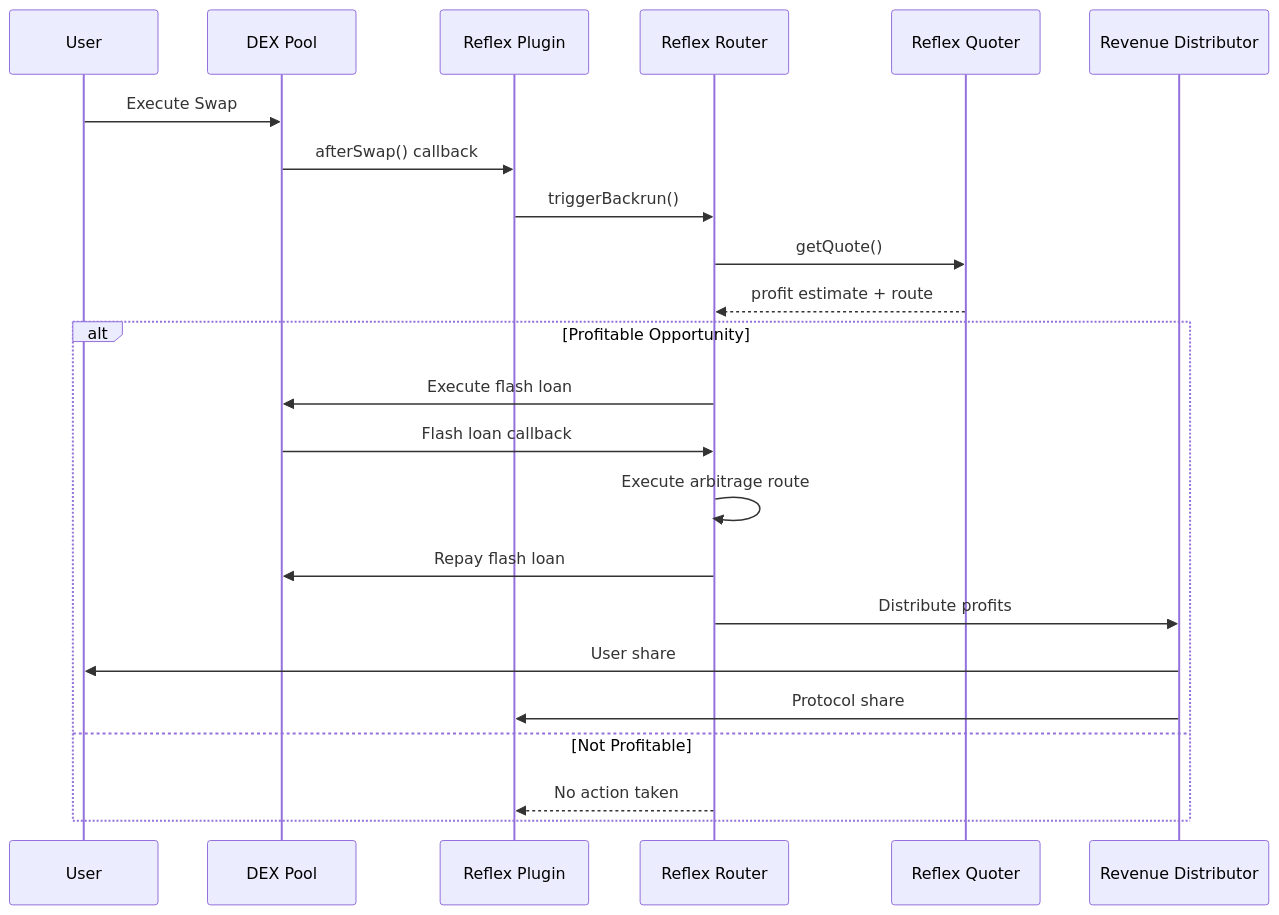
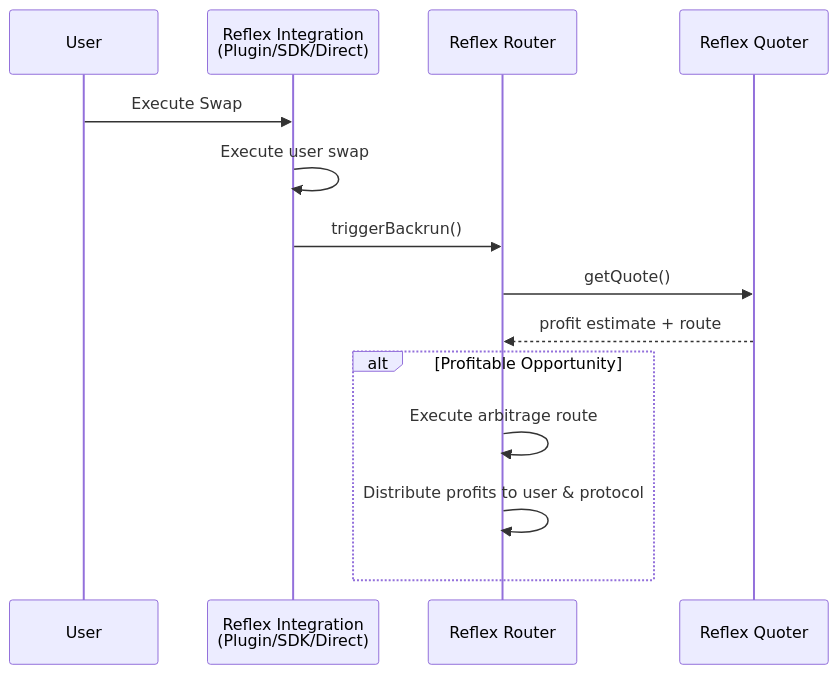
Before and after one commit to reflex-mev/reflex: the third of 5 diagrams in website/docs/architecture.md, drawn with Mermaid. The commit also changed other lines of this file, not shown here.

Commit message:
fixed tx flow graph

````diff
--- a/website/docs/architecture.md
+++ b/website/docs/architecture.md
@@ -128,27 +128,18 @@
 ```mermaid
 sequenceDiagram
     participant User
-    participant DEX as DEX Pool
-    participant Plugin as Reflex Plugin
+    participant Integration as Reflex Integration<br/>(Plugin/SDK/Direct)
     participant Router as Reflex Router
     participant Quoter as Reflex Quoter
-    participant Distributor as Revenue Distributor
 
-    User->>DEX: Execute Swap
-    DEX->>Plugin: afterSwap() callback
-    Plugin->>Router: triggerBackrun()
+    User->>Integration: Execute Swap
+    Integration->>Integration: Execute user swap
+    Integration->>Router: triggerBackrun()
     Router->>Quoter: getQuote()
     Quoter-->>Router: profit estimate + route
 
     alt Profitable Opportunity
-        Router->>DEX: Execute flash loan
-        DEX->>Router: Flash loan callback
         Router->>Router: Execute arbitrage route
-        Router->>DEX: Repay flash loan
-        Router->>Distributor: Distribute profits
-        Distributor->>User: User share
-        Distributor->>Plugin: Protocol share
-    else Not Profitable
-        Router-->>Plugin: No action taken
+        Router->>Router: Distribute profits to user & protocol
     end
 ```
````
